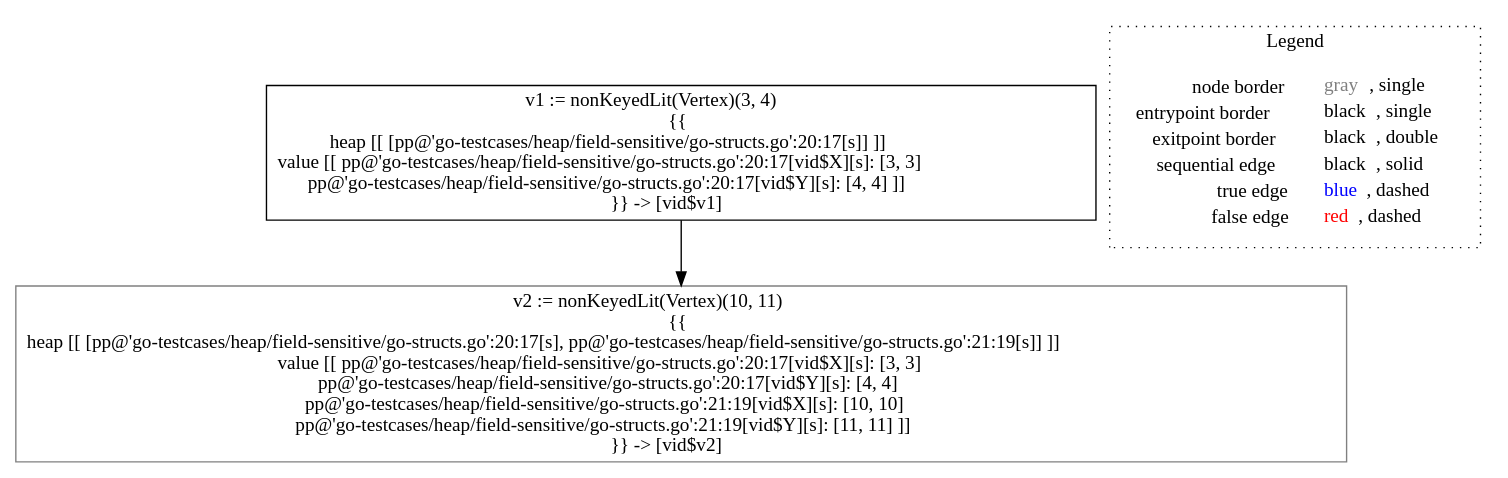
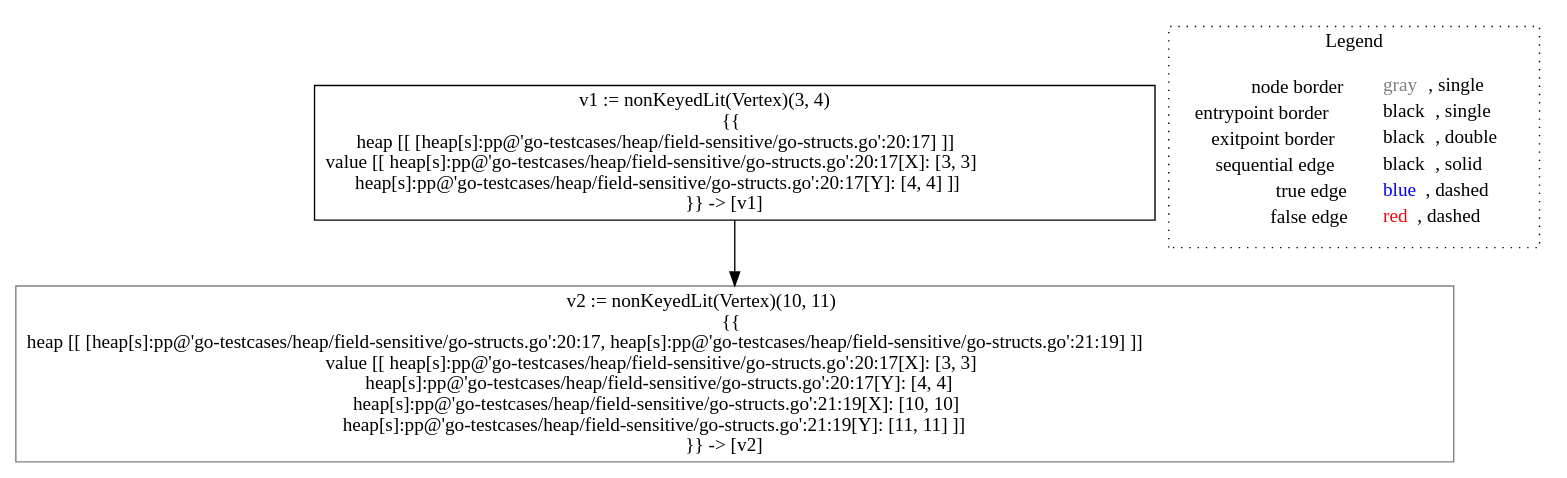
One commit to lisa-analyzer/go-lisa changed the diagram in go-lisa/go-testcases/heap/field-sensitive/analysis___untyped_~LiSAProgram.alloc().dot. Above: the diagram before and after it, drawn with Graphviz. The commit also changed 11 other files, not shown here.

```diff
--- a/go-lisa/go-testcases/heap/field-sensitive/analysis___untyped_~LiSAProgram.alloc().dot
+++ b/go-lisa/go-testcases/heap/field-sensitive/analysis___untyped_~LiSAProgram.alloc().dot
@@ -1,12 +1,12 @@
 digraph {
-	"node0" [shape="rect",color="black",label=<v1 := nonKeyedLit(Vertex)(3, 4)<BR/>{{<BR/>heap [[ [pp@'go-testcases/heap/field-sensitive/go-structs.go':20:17[s]] ]]<BR/>value [[ pp@'go-testcases/heap/field-sensitive/go-structs.go':20:17[vid$X][s]: [3, 3]<BR/>pp@'go-testcases/heap/field-sensitive/go-structs.go':20:17[vid$Y][s]: [4, 4] ]]<BR/>}} -&gt; [vid$v1]>];
-	"node1" [shape="rect",color="gray",label=<v2 := nonKeyedLit(Vertex)(10, 11)<BR/>{{<BR/>heap [[ [pp@'go-testcases/heap/field-sensitive/go-structs.go':20:17[s], pp@'go-testcases/heap/field-sensitive/go-structs.go':21:19[s]] ]]<BR/>value [[ pp@'go-testcases/heap/field-sensitive/go-structs.go':20:17[vid$X][s]: [3, 3]<BR/>pp@'go-testcases/heap/field-sensitive/go-structs.go':20:17[vid$Y][s]: [4, 4]<BR/>pp@'go-testcases/heap/field-sensitive/go-structs.go':21:19[vid$X][s]: [10, 10]<BR/>pp@'go-testcases/heap/field-sensitive/go-structs.go':21:19[vid$Y][s]: [11, 11] ]]<BR/>}} -&gt; [vid$v2]>];
+	"node0" [shape="rect",color="black",label=<v1 := nonKeyedLit(Vertex)(3, 4)<BR/>{{<BR/>heap [[ [heap[s]:pp@'go-testcases/heap/field-sensitive/go-structs.go':20:17] ]]<BR/>value [[ heap[s]:pp@'go-testcases/heap/field-sensitive/go-structs.go':20:17[X]: [3, 3]<BR/>heap[s]:pp@'go-testcases/heap/field-sensitive/go-structs.go':20:17[Y]: [4, 4] ]]<BR/>}} -&gt; [v1]>];
+	"node1" [shape="rect",color="gray",label=<v2 := nonKeyedLit(Vertex)(10, 11)<BR/>{{<BR/>heap [[ [heap[s]:pp@'go-testcases/heap/field-sensitive/go-structs.go':20:17, heap[s]:pp@'go-testcases/heap/field-sensitive/go-structs.go':21:19] ]]<BR/>value [[ heap[s]:pp@'go-testcases/heap/field-sensitive/go-structs.go':20:17[X]: [3, 3]<BR/>heap[s]:pp@'go-testcases/heap/field-sensitive/go-structs.go':20:17[Y]: [4, 4]<BR/>heap[s]:pp@'go-testcases/heap/field-sensitive/go-structs.go':21:19[X]: [10, 10]<BR/>heap[s]:pp@'go-testcases/heap/field-sensitive/go-structs.go':21:19[Y]: [11, 11] ]]<BR/>}} -&gt; [v2]>];
 	"node0" -> "node1" [color="black"];
 subgraph cluster_legend {
 	label="Legend";
 	style=dotted;
 	node [shape=plaintext];
 	"legend" [label=<<table border="0" cellpadding="2" cellspacing="0" cellborder="0"><tr><td align="right">node border&nbsp;</td><td align="left"><font color="gray">gray</font>, single</td></tr><tr><td align="right">entrypoint border&nbsp;</td><td align="left"><font color="black">black</font>, single</td></tr><tr><td align="right">exitpoint border&nbsp;</td><td align="left"><font color="black">black</font>, double</td></tr><tr><td align="right">sequential edge&nbsp;</td><td align="left"><font color="black">black</font>, solid</td></tr><tr><td align="right">true edge&nbsp;</td><td align="left"><font color="blue">blue</font>, dashed</td></tr><tr><td align="right">false edge&nbsp;</td><td align="left"><font color="red">red</font>, dashed</td></tr></table>>];
 }
 
 }
```
